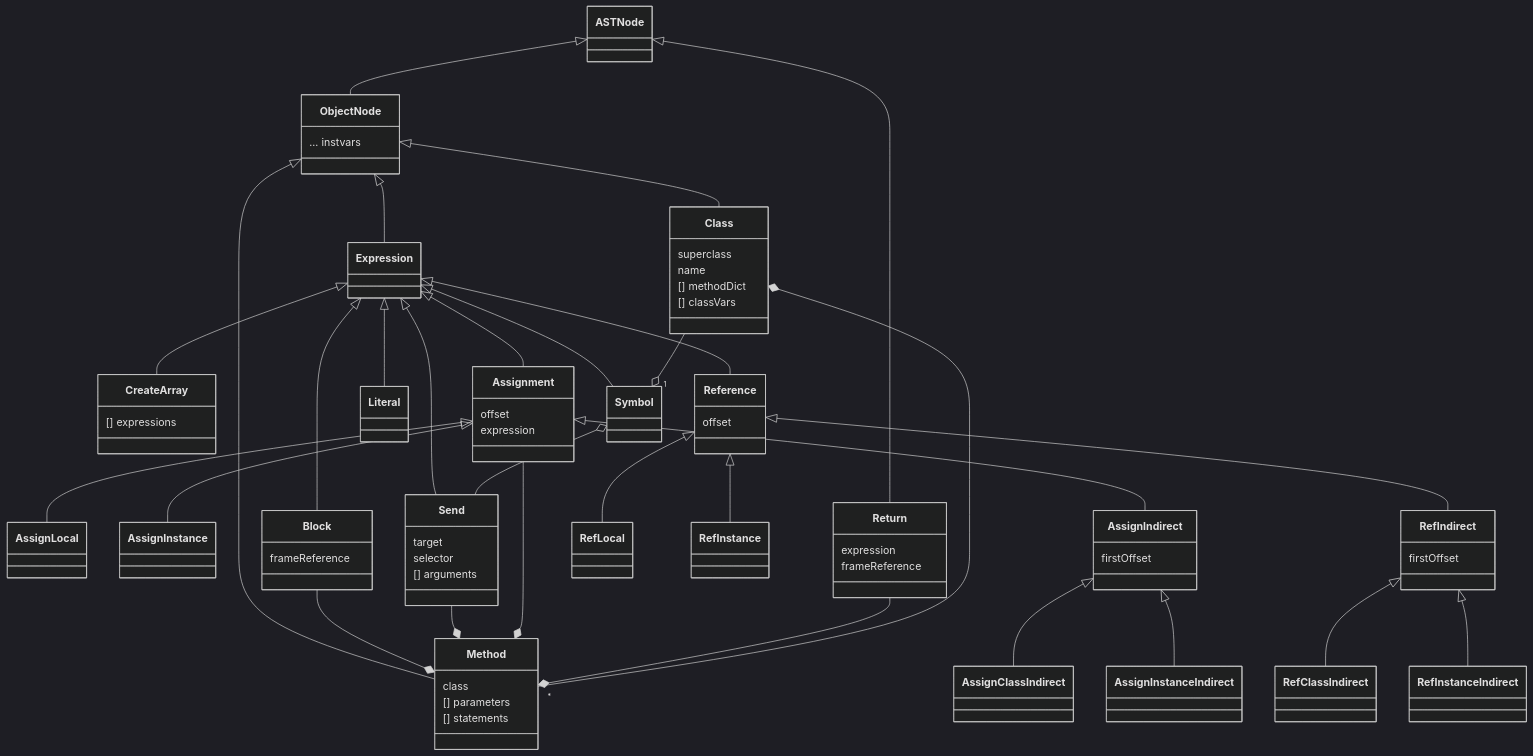
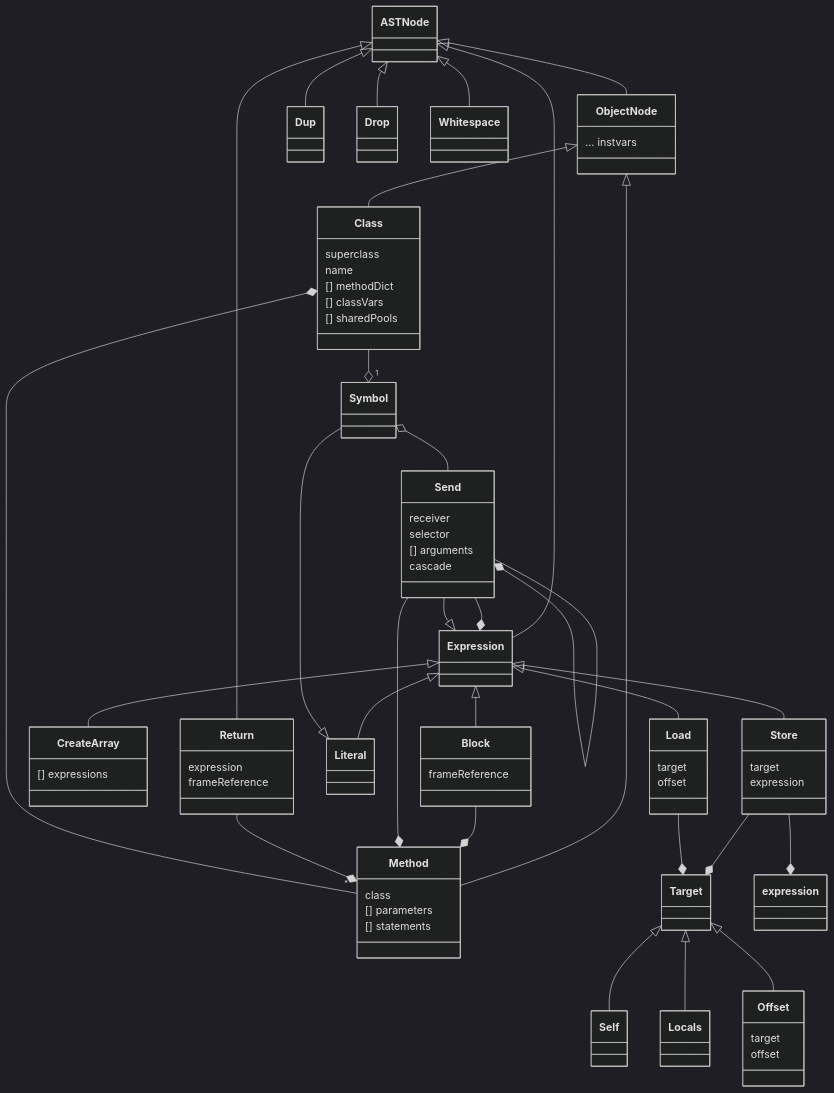
One commit to Zag-Research/Zag-Smalltalk changed the first of 2 diagrams in Documentation/AST_Classes.md. Above: the diagram before and after it, drawn with Mermaid (dark theme). The commit also changed other lines of this file and 1 other file, not shown here.

Commit message:
Class structure

````diff
--- a/Documentation/AST_Classes.md
+++ b/Documentation/AST_Classes.md
@@ -1,52 +7,55 @@
 ```mermaid
 classDiagram
 ASTNode <|-- ObjectNode
+ASTNode <|-- Return
+ASTNode <|-- Expression
+ASTNode <|-- Dup
+ASTNode <|-- Drop
+ASTNode <|-- Whitespace
 ObjectNode <|-- Class
 ObjectNode <|-- Method
-ObjectNode <|-- Expression
 Expression <|-- CreateArray
-Expression <|-- Assignment
-Assignment <|-- AssignLocal
-Assignment <|-- AssignInstance
-Assignment <|-- AssignIndirect
-AssignIndirect <|-- AssignClassIndirect
-AssignIndirect <|-- AssignInstanceIndirect
-ASTNode <|-- Return
+Expression <|-- Store
+Store : target
+Store : expression
+Store --* Target
+Store --* expression
+Target <|-- Self
+Target <|-- Locals
+Target <|-- Offset
+Offset : target
+Offset : offset
 Expression <|-- Send
-Expression <|-- Symbol
+Literal <|-- Symbol
 Expression <|-- Literal
-Expression <|-- Reference
+Expression <|-- Load
+Load : target
+Load : offset
+Load --* Target
 Expression <|-- Block
 Block : frameReference
-Reference <|-- RefLocal
-Reference <|-- RefInstance
-Reference <|-- RefIndirect
-RefIndirect <|-- RefClassIndirect
-RefIndirect <|-- RefInstanceIndirect
 CreateArray : [] expressions
 Block --* Method
 Send --* Method
-Send : target
+Send : receiver
 Send : selector
 Send : [] arguments
+Send : cascade
+Send --* Expression
+Send --* Send
 Symbol o-- Send
-Assignment : offset
-Assignment : expression
-Assignment --* Method
-AssignIndirect : firstOffset
-Reference : offset
-RefIndirect : firstOffset
 Return : expression
 Return : frameReference
 Return --* Method
 Method : class
 Method : [] parameters
 Method : [] statements
 Class : superclass
 Class : name
 Class : [] methodDict
 Class *-- "*" Method
 Class --o "1" Symbol
 Class : [] classVars
+Class : [] sharedPools
 ObjectNode : ... instvars
 ```
````
